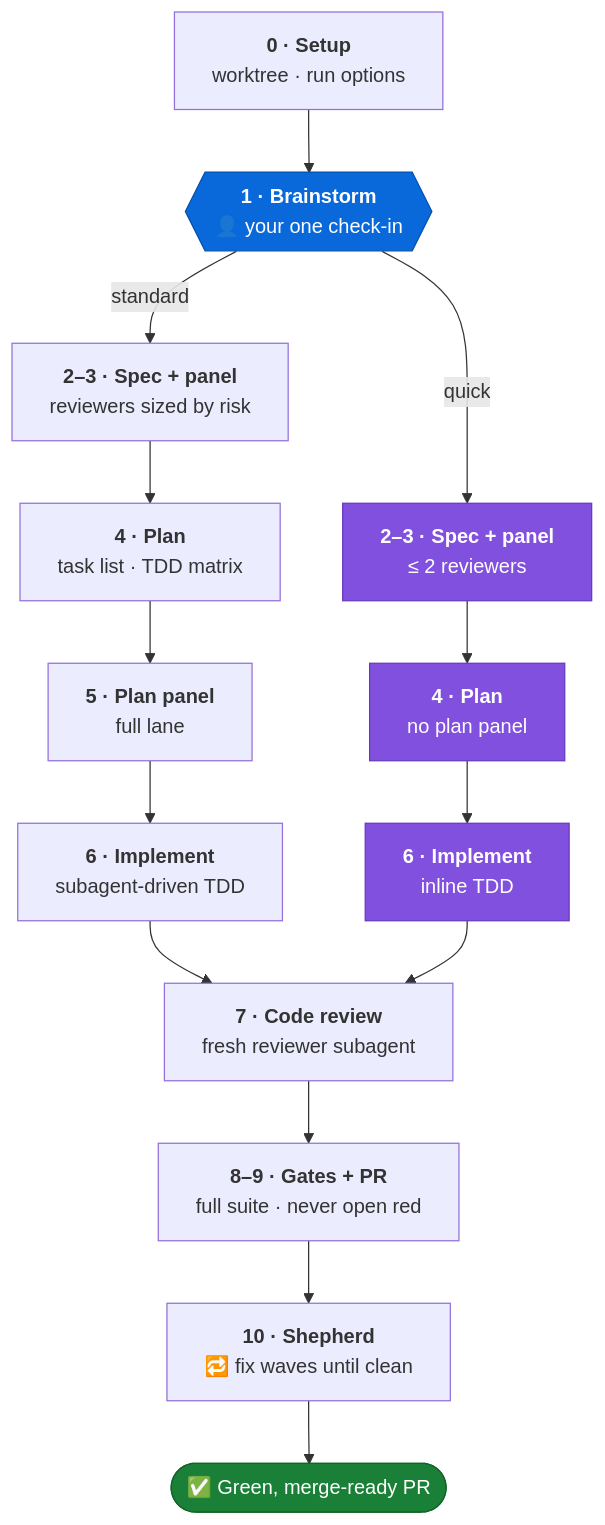
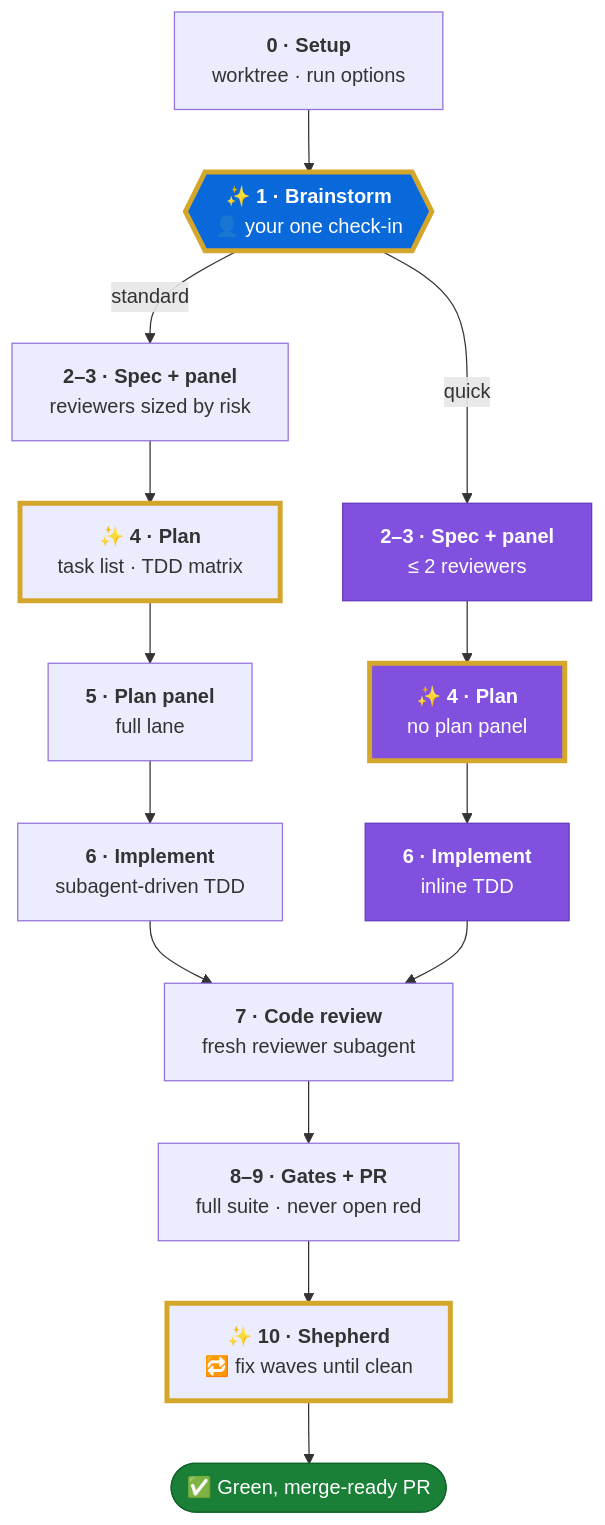
One commit to vtrifonov/oneshot-pipeline changed the diagram in README.md. Above: the diagram before and after it, drawn with Mermaid. The commit also changed other lines of this file, not shown here.

Commit message:
docs: mark fable-model phases in pipeline diagram

````diff
--- a/README.md
+++ b/README.md
@@ -32,26 +32,30 @@
 ```mermaid
 flowchart TD
-    setup["<b>0 · Setup</b><br/>worktree · run options"] --> brainstorm{{"<b>1 · Brainstorm</b><br/>👤 your one check-in"}}
+    setup["<b>0 · Setup</b><br/>worktree · run options"] --> brainstorm{{"<b>✨ 1 · Brainstorm</b><br/>👤 your one check-in"}}
 
     brainstorm -- standard --> sspec["<b>2–3 · Spec + panel</b><br/>reviewers sized by risk"]
-    sspec --> splan["<b>4 · Plan</b><br/>task list · TDD matrix"]
+    sspec --> splan["<b>✨ 4 · Plan</b><br/>task list · TDD matrix"]
     splan --> spanel["<b>5 · Plan panel</b><br/>full lane"]
     spanel --> ssdd["<b>6 · Implement</b><br/>subagent-driven TDD"]
 
     brainstorm -- quick --> qspec["<b>2–3 · Spec + panel</b><br/>≤ 2 reviewers"]
-    qspec --> qplan["<b>4 · Plan</b><br/>no plan panel"]
+    qspec --> qplan["<b>✨ 4 · Plan</b><br/>no plan panel"]
     qplan --> qinline["<b>6 · Implement</b><br/>inline TDD"]
 
     ssdd --> review["<b>7 · Code review</b><br/>fresh reviewer subagent"]
     qinline --> review
     review --> gates["<b>8–9 · Gates + PR</b><br/>full suite · never open red"]
-    gates --> shepherd["<b>10 · Shepherd</b><br/>🔁 fix waves until clean"]
+    gates --> shepherd["<b>✨ 10 · Shepherd</b><br/>🔁 fix waves until clean"]
     shepherd --> done(["✅ Green, merge-ready PR"])
 
     classDef you fill:#0969da,stroke:#0550ae,color:#fff
     classDef quick fill:#8250df,stroke:#6639ba,color:#fff
     classDef finish fill:#1a7f37,stroke:#116329,color:#fff
     class brainstorm you
     class qspec,qplan,qinline quick
     class done finish
+    style brainstorm stroke:#d4a72c,stroke-width:4px
+    style splan stroke:#d4a72c,stroke-width:4px
+    style qplan stroke:#d4a72c,stroke-width:4px
+    style shepherd stroke:#d4a72c,stroke-width:4px
 ```
````
